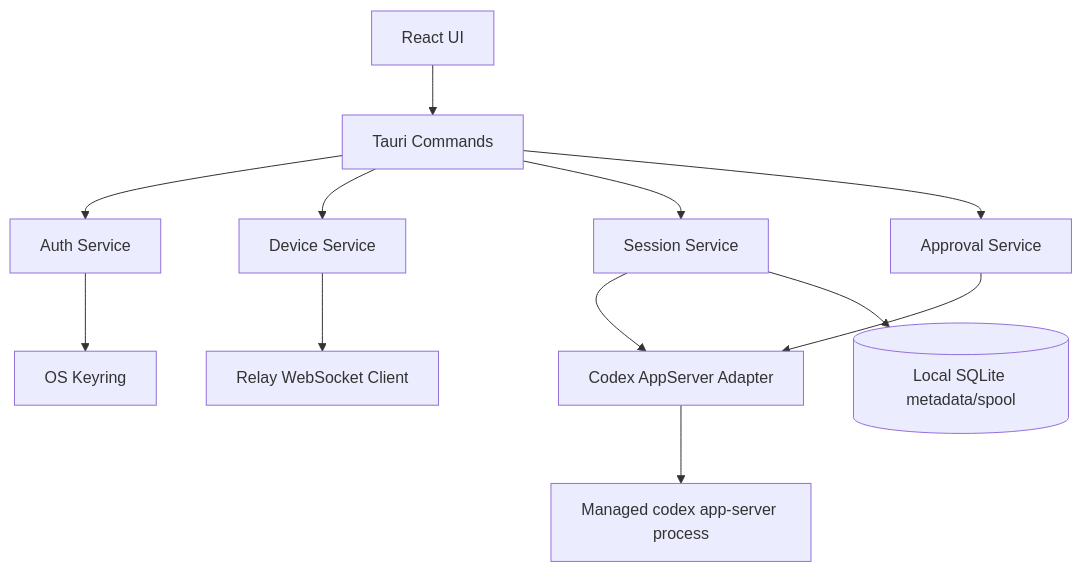
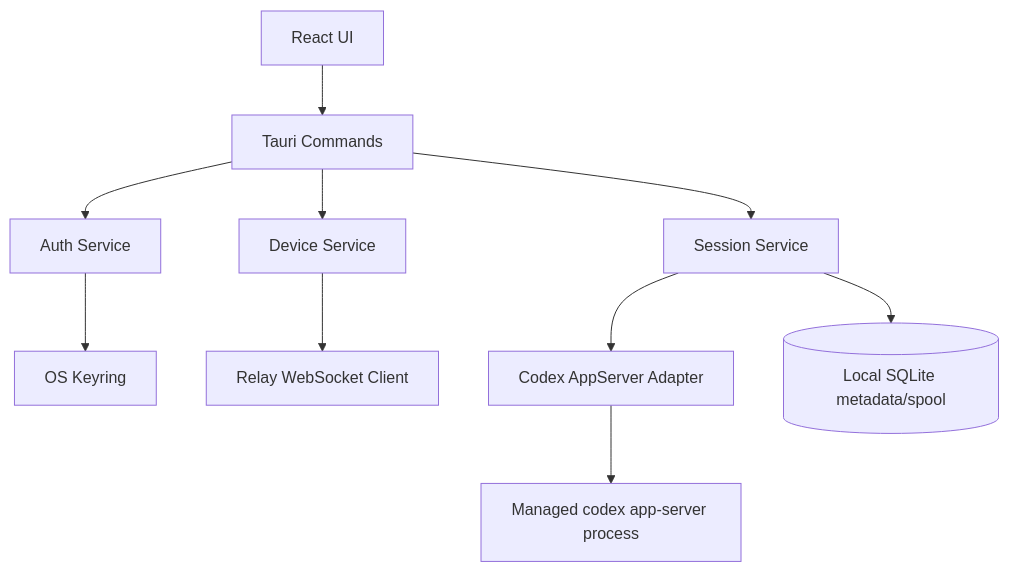
The fifth of 5 diagrams in docs/mobile-codex/02-system-architecture.md (sjz960913/sub2api), drawn with Mermaid before and after one commit. The commit also changed other lines of this file and 13 other files, not shown here.

````diff
--- a/docs/mobile-codex/02-system-architecture.md
+++ b/docs/mobile-codex/02-system-architecture.md
@@ -208,14 +205,12 @@
 ```mermaid
 flowchart TB
     UI[React UI] --> CMD[Tauri Commands]
     CMD --> AUTH[Auth Service]
     CMD --> DEV[Device Service]
     CMD --> SES[Session Service]
-    CMD --> APR[Approval Service]
     DEV --> WS[Relay WebSocket Client]
     SES --> ADP[Codex AppServer Adapter]
-    APR --> ADP
     ADP --> PROC[Managed codex app-server process]
     AUTH --> KR[OS Keyring]
     SES --> DB[(Local SQLite metadata/spool)]
 ```
````
